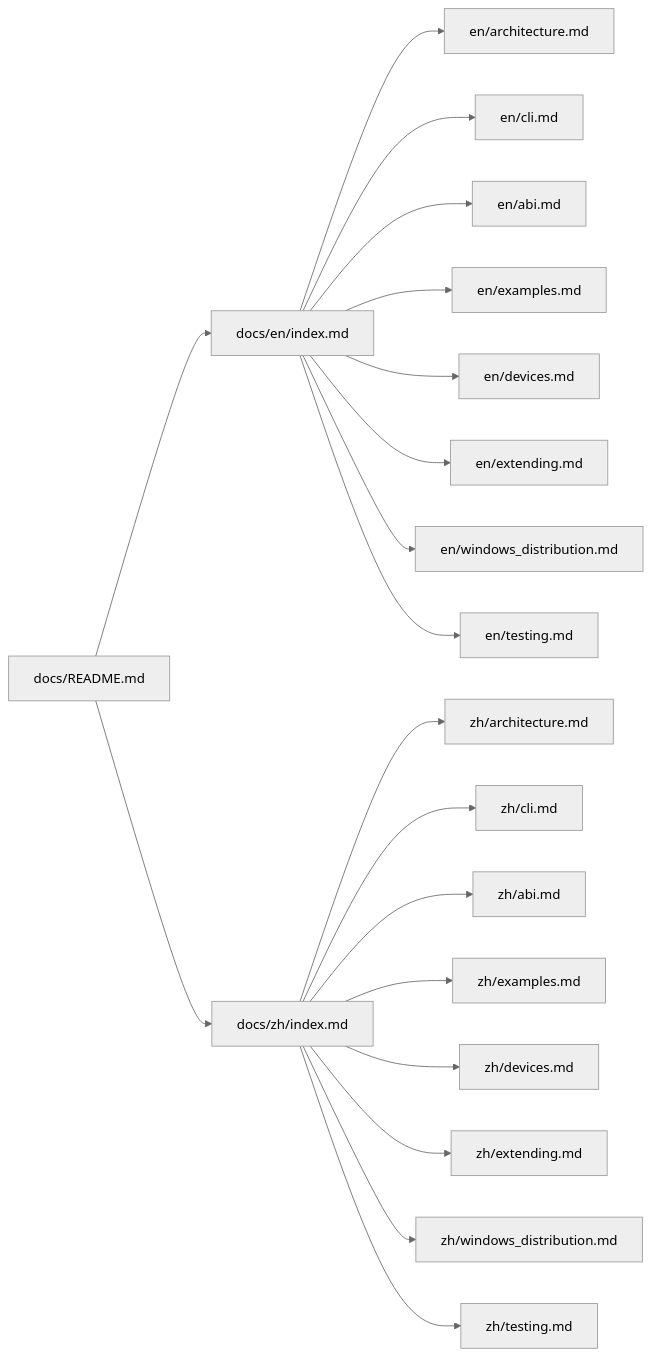
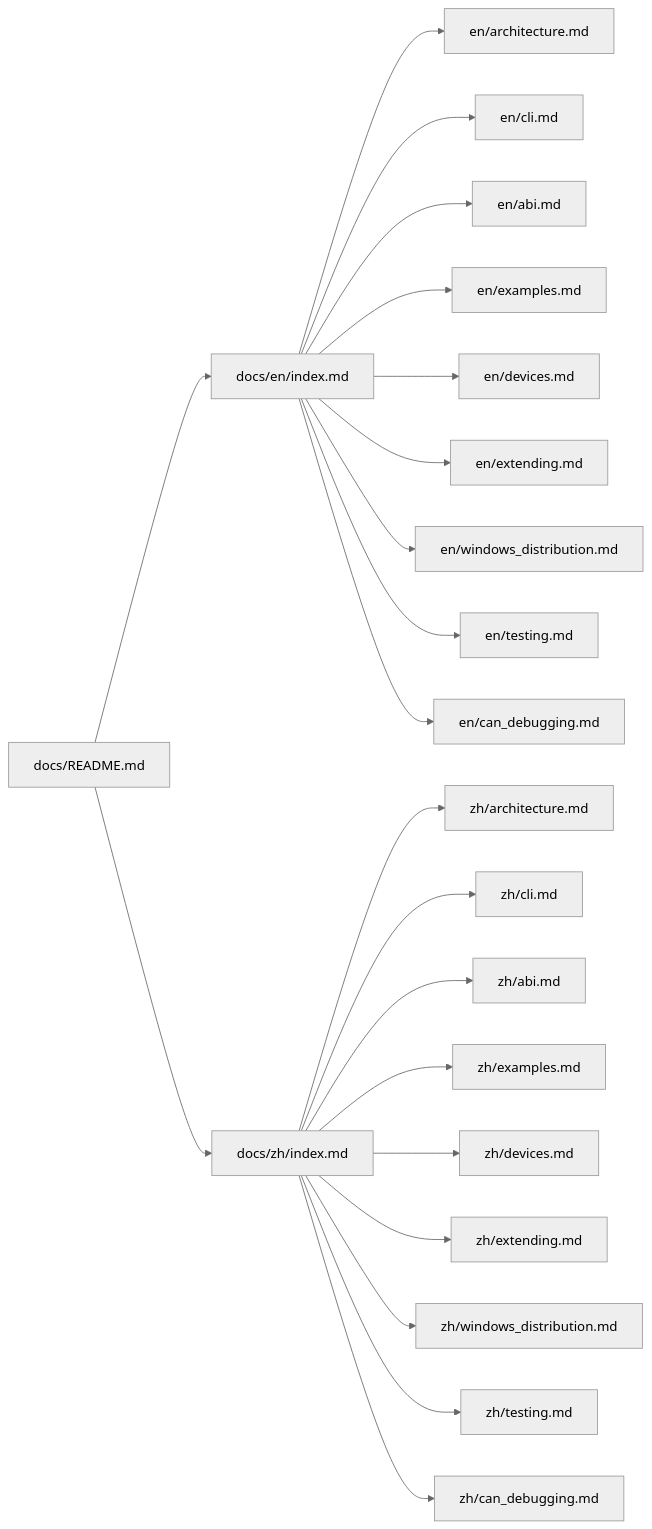
Before and after one commit to tianrking/motorbridge: the diagram in docs/README.md, drawn with Mermaid (neutral theme). The commit also changed other lines of this file and 50 other files, not shown here.

Commit message:
docs: align pcan/slcan guidance and add CAN debugging playbook

````diff
--- a/docs/README.md
+++ b/docs/README.md
@@ -10,21 +10,23 @@
 ```mermaid
 flowchart LR
   HUB["docs/README.md"] --> EN["docs/en/index.md"]
   HUB --> ZH["docs/zh/index.md"]
   EN --> EN_ARCH["en/architecture.md"]
   EN --> EN_CLI["en/cli.md"]
   EN --> EN_ABI["en/abi.md"]
   EN --> EN_EX["en/examples.md"]
   EN --> EN_DEV["en/devices.md"]
   EN --> EN_EXT["en/extending.md"]
   EN --> EN_WIN["en/windows_distribution.md"]
   EN --> EN_TST["en/testing.md"]
+  EN --> EN_CANDBG["en/can_debugging.md"]
   ZH --> ZH_ARCH["zh/architecture.md"]
   ZH --> ZH_CLI["zh/cli.md"]
   ZH --> ZH_ABI["zh/abi.md"]
   ZH --> ZH_EX["zh/examples.md"]
   ZH --> ZH_DEV["zh/devices.md"]
   ZH --> ZH_EXT["zh/extending.md"]
   ZH --> ZH_WIN["zh/windows_distribution.md"]
   ZH --> ZH_TST["zh/testing.md"]
+  ZH --> ZH_CANDBG["zh/can_debugging.md"]
 ```
````
